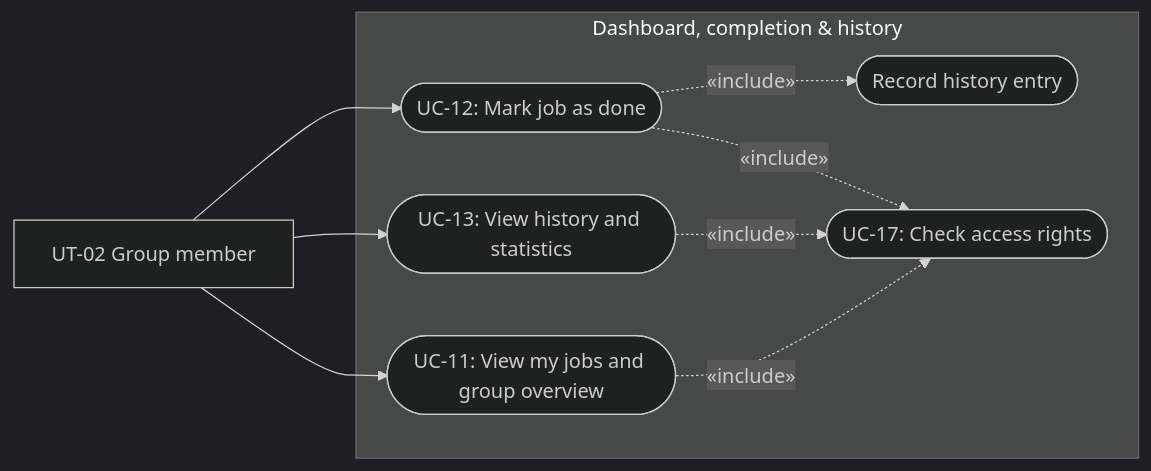
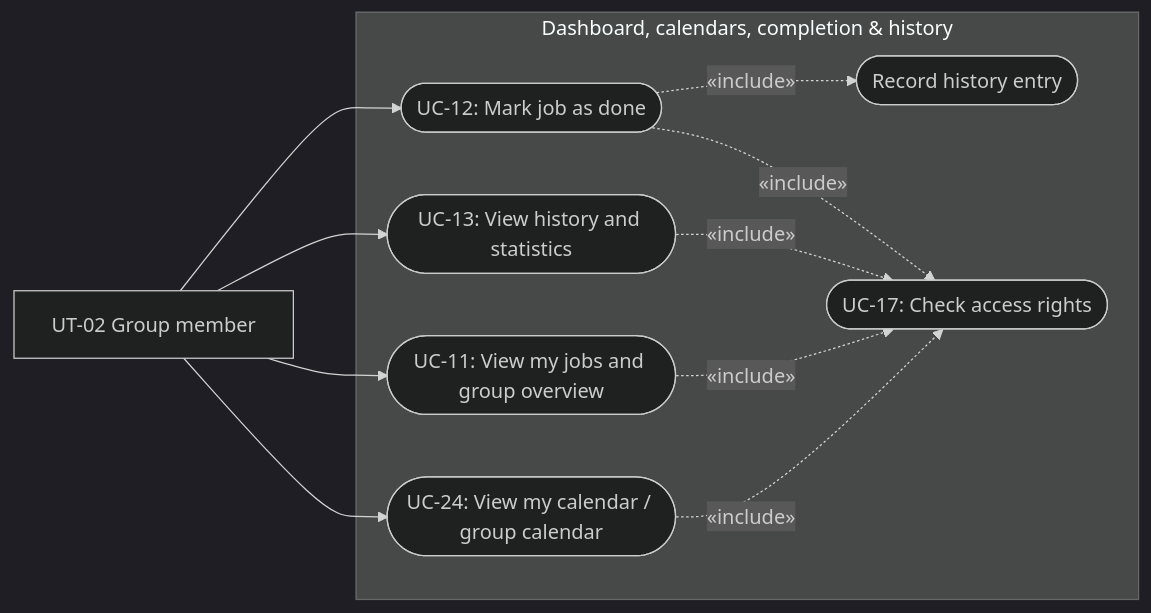
The sixth of 9 diagrams in Requirements_Specification_TaskRota.md (AhmetSCakmak/TaskRota), drawn with Mermaid (dark theme) before and after one commit. The commit also changed other lines of this file, not shown here.

````diff
--- a/Requirements_Specification_TaskRota.md
+++ b/Requirements_Specification_TaskRota.md
@@ -509,20 +566,23 @@
 ```mermaid
 flowchart LR
     Member["UT-02 Group member"]
 
-    subgraph System["Dashboard, completion & history"]
+    subgraph System["Dashboard, calendars, completion & history"]
         UC11(["UC-11: View my jobs and group overview"])
+        UC24(["UC-24: View my calendar / group calendar"])
         UC12(["UC-12: Mark job as done"])
         UC13(["UC-13: View history and statistics"])
         Hist(["Record history entry"])
         UC17(["UC-17: Check access rights"])
     end
 
     Member --> UC11
+    Member --> UC24
     Member --> UC12
     Member --> UC13
     UC12 -.->|«include»| Hist
     UC12 -.->|«include»| UC17
     UC13 -.->|«include»| UC17
     UC11 -.->|«include»| UC17
+    UC24 -.->|«include»| UC17
 ```
````
